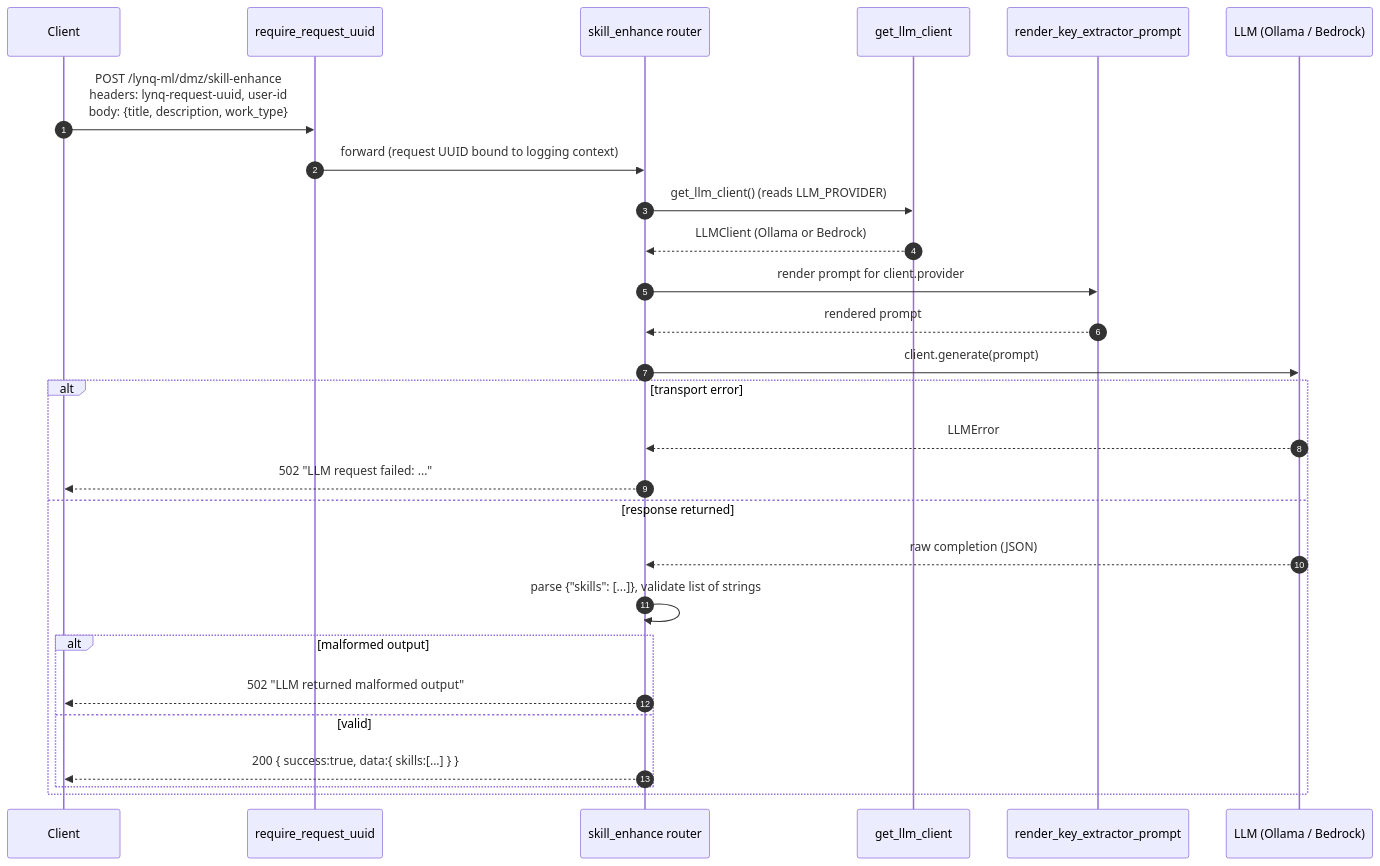
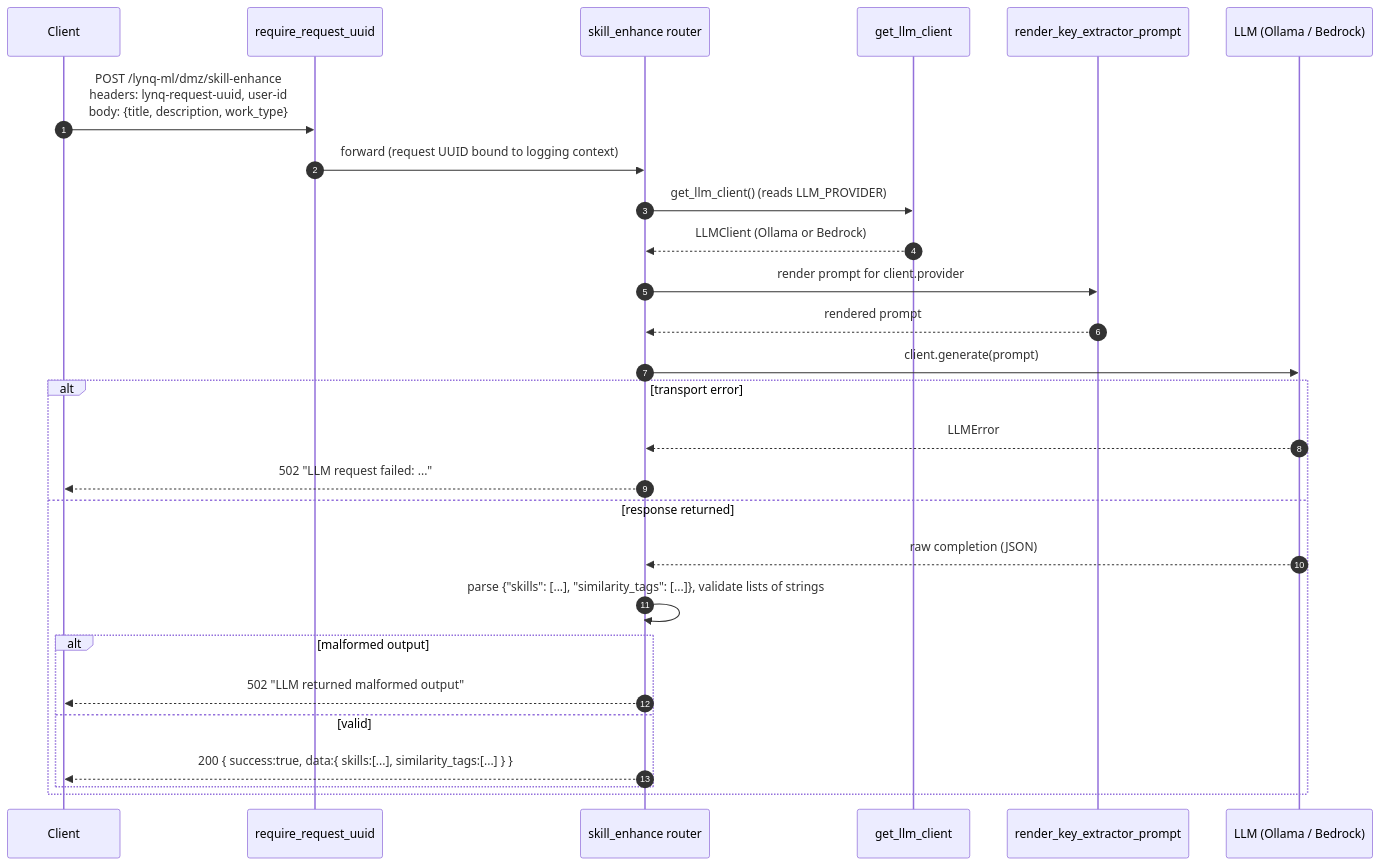
The diagram in lynq-ml/README.md (MatLock/UdeSA-lynq), drawn with Mermaid before and after one commit. The commit also changed other lines of this file and 119 other files, not shown here.

````diff
--- a/lynq-ml/README.md
+++ b/lynq-ml/README.md
@@ -123,30 +123,30 @@
 ```mermaid
 sequenceDiagram
     autonumber
     participant C as Client
     participant M as require_request_uuid
     participant R as skill_enhance router
     participant F as get_llm_client
     participant P as render_key_extractor_prompt
     participant L as LLM (Ollama / Bedrock)
 
     C->>M: POST /lynq-ml/dmz/skill-enhance<br/>headers: lynq-request-uuid, user-id<br/>body: {title, description, work_type}
     M->>R: forward (request UUID bound to logging context)
     R->>F: get_llm_client()  (reads LLM_PROVIDER)
     F-->>R: LLMClient (Ollama or Bedrock)
     R->>P: render prompt for client.provider
     P-->>R: rendered prompt
     R->>L: client.generate(prompt)
     alt transport error
         L-->>R: LLMError
         R-->>C: 502 "LLM request failed: ..."
     else response returned
         L-->>R: raw completion (JSON)
-        R->>R: parse {"skills": [...]}, validate list of strings
+        R->>R: parse {"skills": [...], "similarity_tags": [...]}, validate lists of strings
         alt malformed output
             R-->>C: 502 "LLM returned malformed output"
         else valid
-            R-->>C: 200 { success:true, data:{ skills:[...] } }
+            R-->>C: 200 { success:true, data:{ skills:[...], similarity_tags:[...] } }
         end
     end
 ```
````
